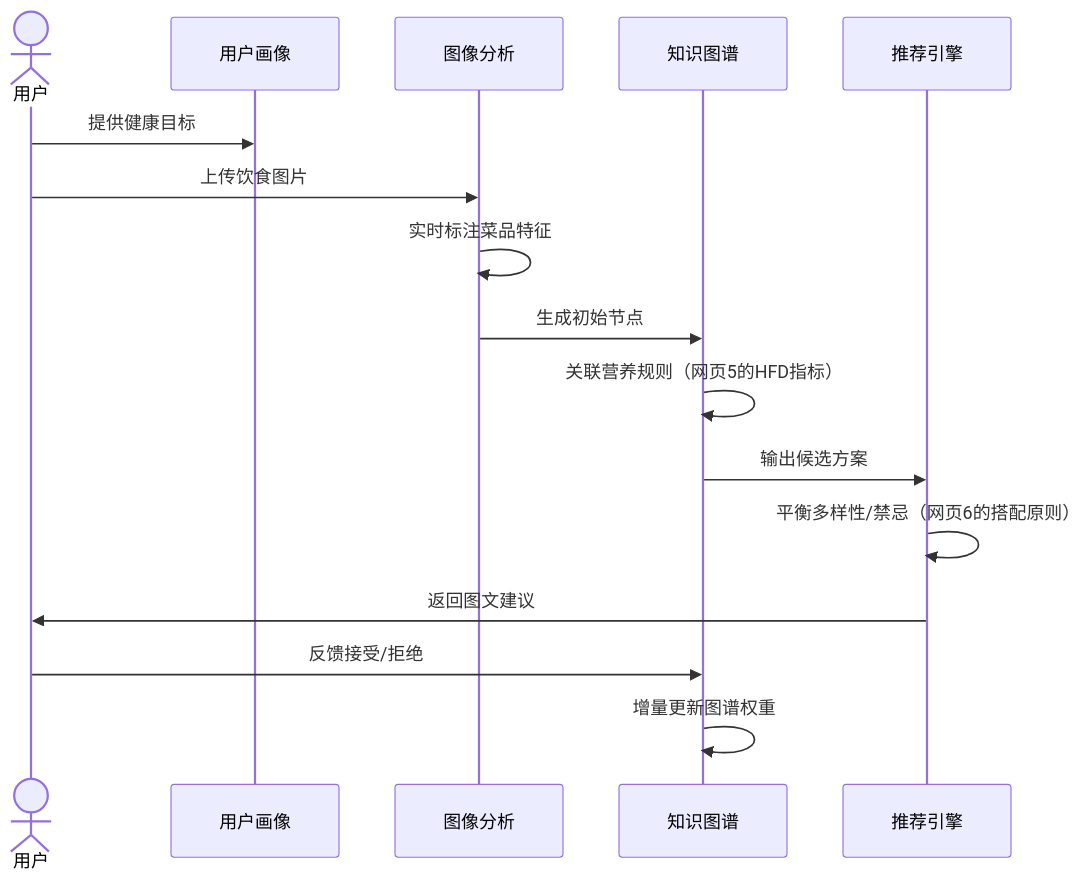
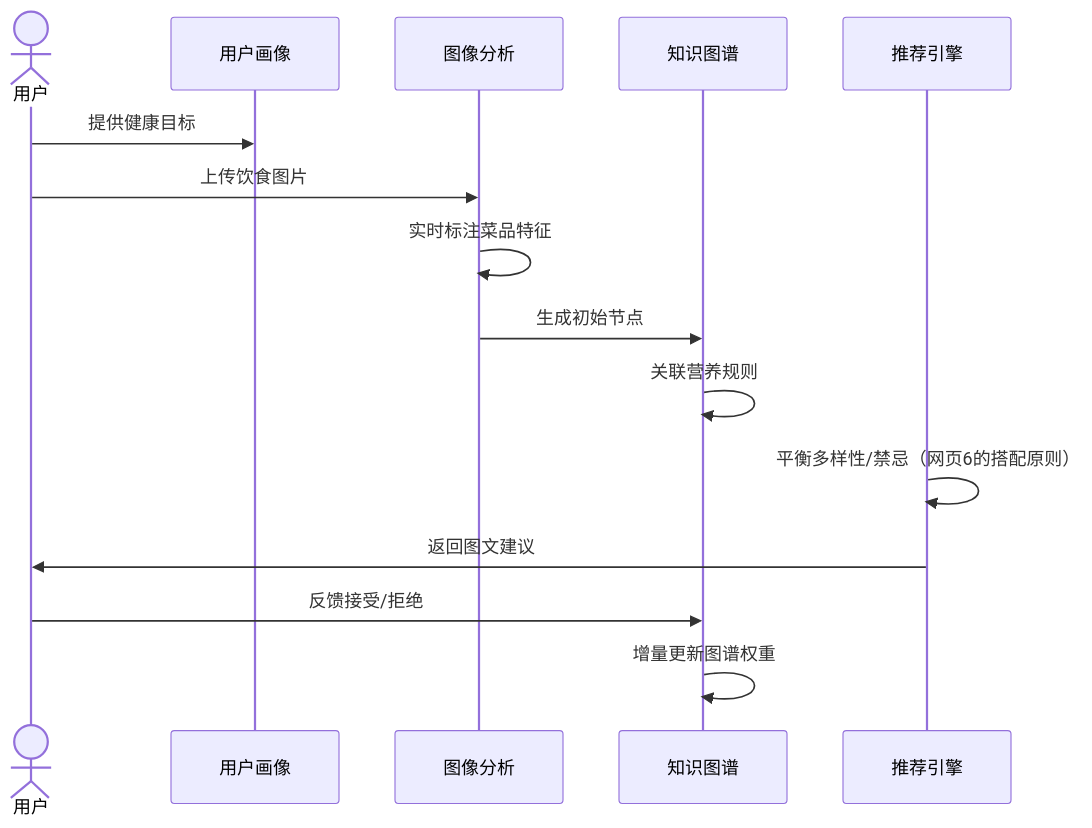
One commit to funnyData/iodraw-files changed the diagram in all/未命名-1.md. Above: the diagram before and after it, drawn with Mermaid.

Commit message:
2025-03-19 16:28:24 update

````diff
--- a/all/未命名-1.md
+++ b/all/未命名-1.md
@@ -1,20 +1,19 @@
 ```mermaid
 %% 数据流图（基于网页1/2/5的时序图语法优化）
 sequenceDiagram
     actor User as 用户
     participant UP as 用户画像
     participant IA as 图像分析
     participant KG as 知识图谱
     participant RM as 推荐引擎
 
     User->>UP: 提供健康目标
     User->>IA: 上传饮食图片
     IA->>IA: 实时标注菜品特征
     IA->>KG: 生成初始节点
-    KG->>KG: 关联营养规则（网页5的HFD指标）
-    KG->>RM: 输出候选方案
+    KG->>KG: 关联营养规则
     RM->>RM: 平衡多样性/禁忌（网页6的搭配原则）
     RM->>User: 返回图文建议
     User->>KG: 反馈接受/拒绝
     KG->>KG: 增量更新图谱权重
 ```
````
